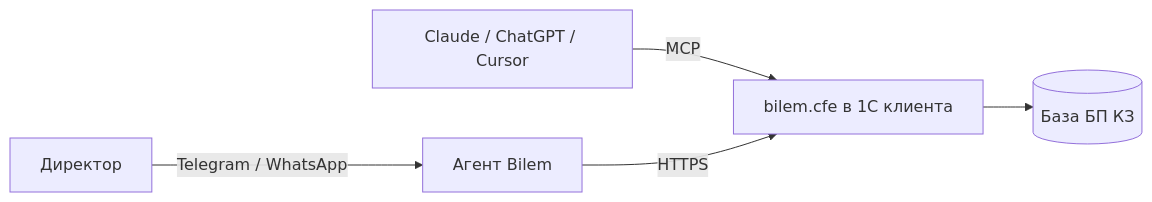
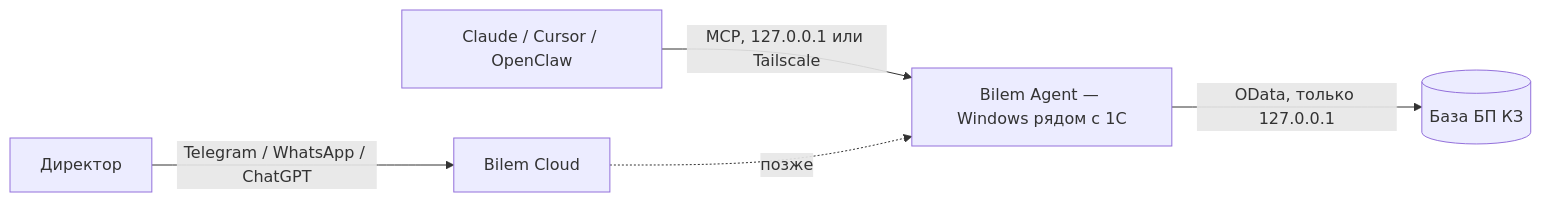
The diagram in product/chto-takoe-bilem.mdx (darkzef-star/bilem.kb), drawn with Mermaid before and after one commit. The commit also changed other lines of this file and 4 other files, not shown here.

````diff
--- a/product/chto-takoe-bilem.mdx
+++ b/product/chto-takoe-bilem.mdx
@@ -32,7 +32,6 @@
 ```mermaid
 flowchart LR
-  D[Директор] -->|Telegram / WhatsApp| A[Агент Bilem]
-  C[Claude / ChatGPT / Cursor] -->|MCP| X
-  A -->|HTTPS| X[bilem.cfe в 1С клиента]
-  X --> B[(База БП КЗ)]
+  C[Claude / Cursor / OpenClaw] -->|MCP, 127.0.0.1 или Tailscale| X[Bilem Agent — Windows рядом с 1С]
+  D[Директор] -->|Telegram / WhatsApp / ChatGPT| A[Bilem Cloud] -.->|позже| X
+  X -->|OData, только 127.0.0.1| B[(База БП КЗ)]
 ```
````
